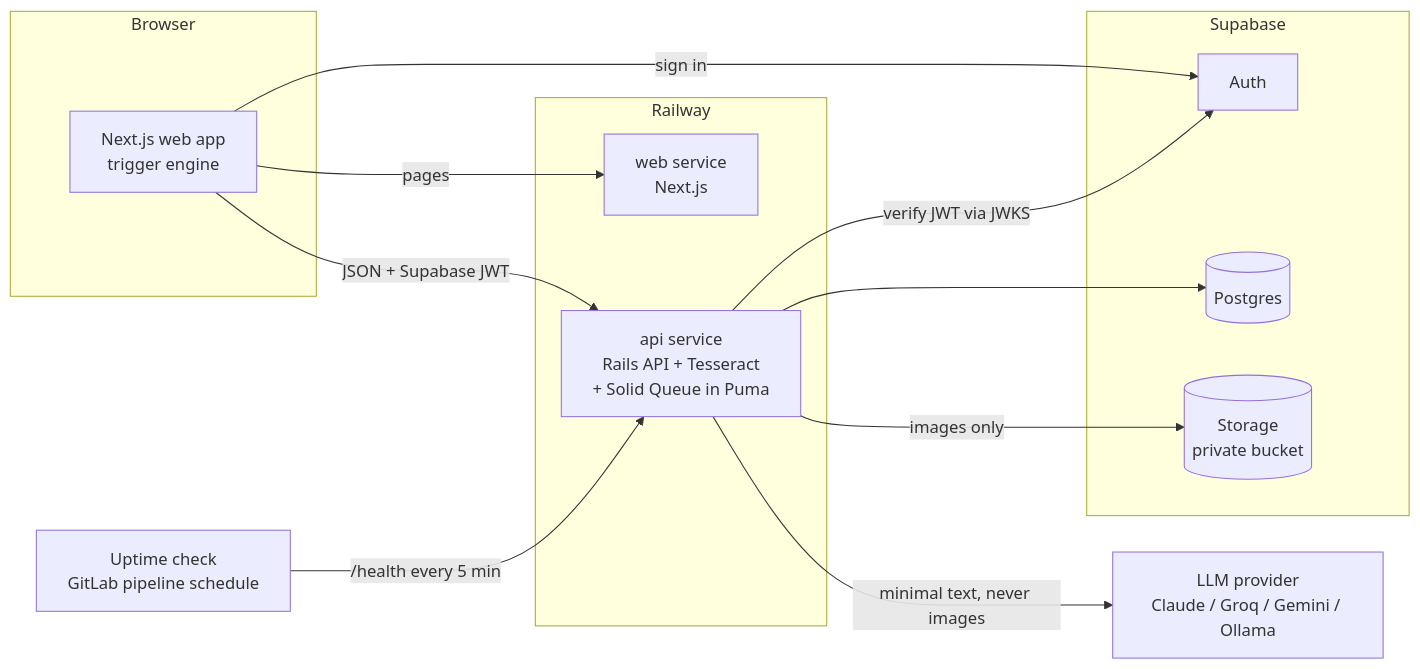
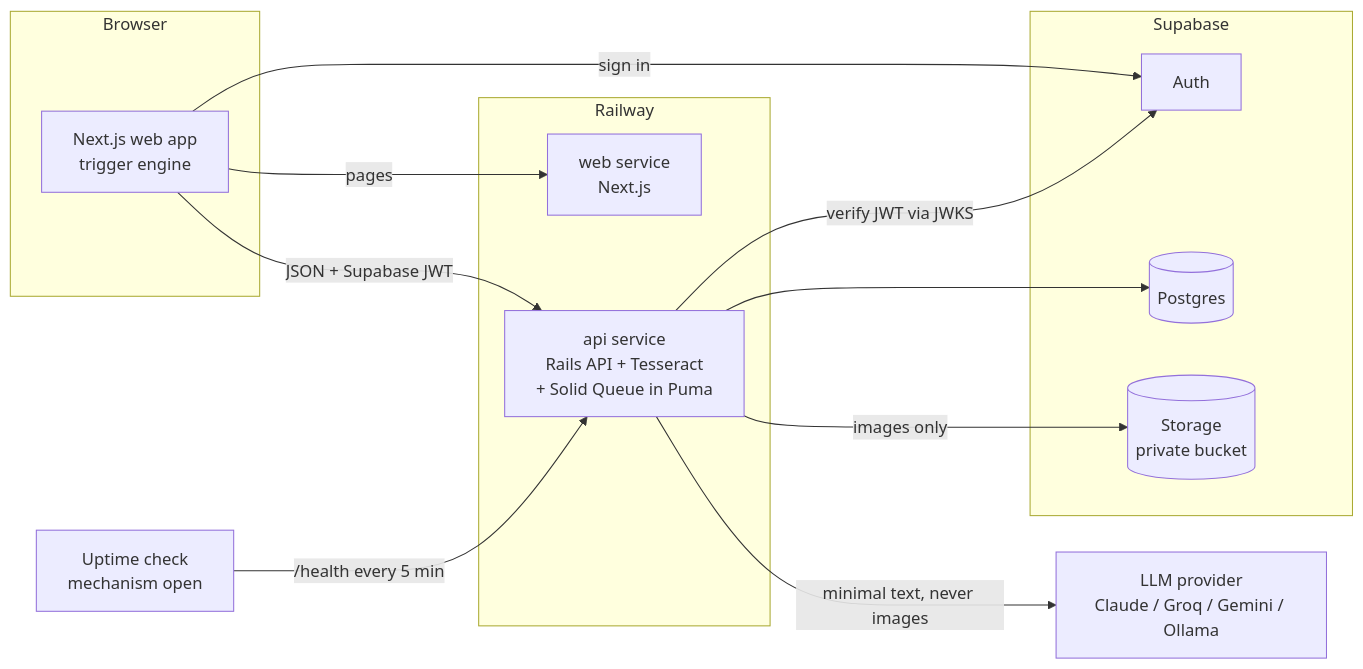
The first of 2 diagrams in ARCHITECTURE.md (Joe-Alfaro/ai-powered-onboarding-assistant), drawn with Mermaid before and after one commit. The commit also changed other lines of this file and 3 other files, not shown here.

First line of the commit message:
docs: record the self-hosted GitLab setup and server safety rules

````diff
--- a/ARCHITECTURE.md
+++ b/ARCHITECTURE.md
@@ -19,26 +19,26 @@
 ```mermaid
 flowchart LR
   subgraph Browser
     W[Next.js web app<br/>trigger engine]
   end
   subgraph Railway
     WEB[web service<br/>Next.js]
     API[api service<br/>Rails API + Tesseract<br/>+ Solid Queue in Puma]
   end
   subgraph Supabase
     AUTH[Auth]
     DB[(Postgres)]
     ST[(Storage<br/>private bucket)]
   end
   LLM[LLM provider<br/>Claude / Groq / Gemini / Ollama]
-  UP[Uptime check<br/>GitLab pipeline schedule]
+  UP[Uptime check<br/>mechanism open]
 
   W -- sign in --> AUTH
   W -- pages --> WEB
   W -- JSON + Supabase JWT --> API
   API -- verify JWT via JWKS --> AUTH
   API --> DB
   API -- images only --> ST
   API -- minimal text, never images --> LLM
   UP -- /health every 5 min --> API
 ```
````
